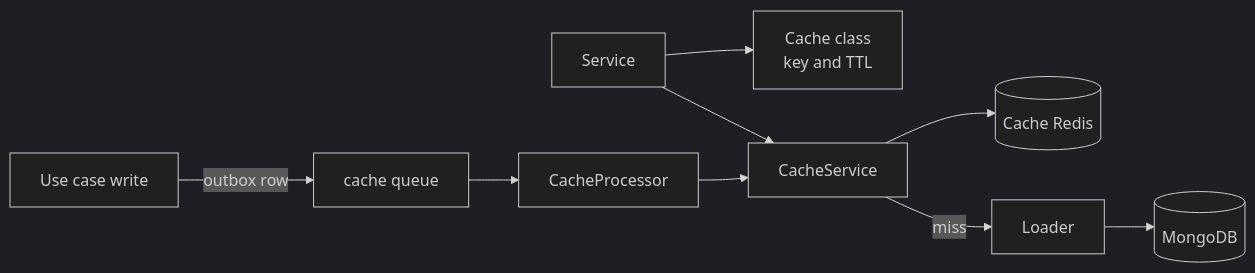
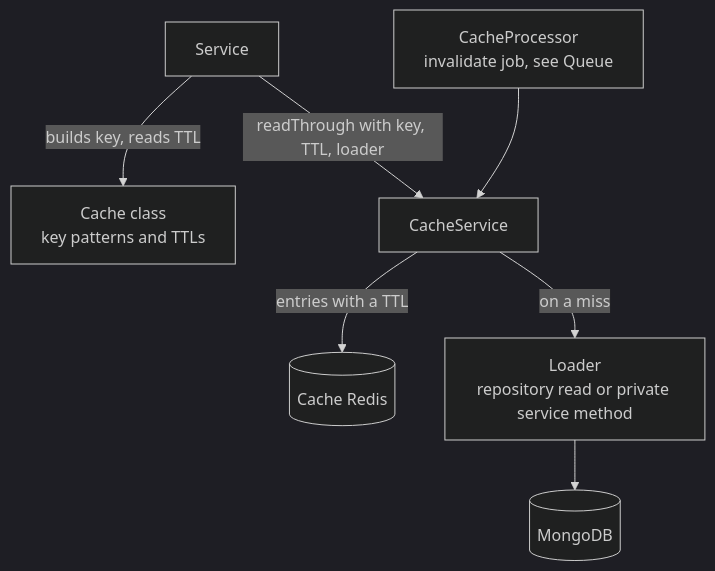
The diagram in docs/concepts/cache.md (andrechristikan/ack-nestjs-boilerplate), drawn with Mermaid (dark theme) before and after one commit. The commit also changed other lines of this file and 35 other files, not shown here.

Commit message:
docs: draw every diagram top to bottom and match each to its page

````diff
--- a/docs/concepts/cache.md
+++ b/docs/concepts/cache.md
@@ -30,11 +32,9 @@
 ```mermaid
-flowchart LR
-    SV["Service"] --> CC["Cache class<br/>key and TTL"]
-    SV --> CS["CacheService"]
-    CS --> RD[("Cache Redis")]
-    CS -->|miss| LD["Loader"]
+flowchart TB
+    SV["Service"] -->|"builds key, reads TTL"| CC["Cache class<br/>key patterns and TTLs"]
+    SV -->|"readThrough with key, TTL, loader"| CS["CacheService"]
+    CS -->|"entries with a TTL"| RD[("Cache Redis")]
+    CS -->|"on a miss"| LD["Loader<br/>repository read or private service method"]
     LD --> DB[("MongoDB")]
-    WR["Use case write"] -->|outbox row| QU["cache queue"]
-    QU --> CP["CacheProcessor"]
-    CP --> CS
+    CP["CacheProcessor<br/>invalidate job, see Queue"] --> CS
 ```
````
